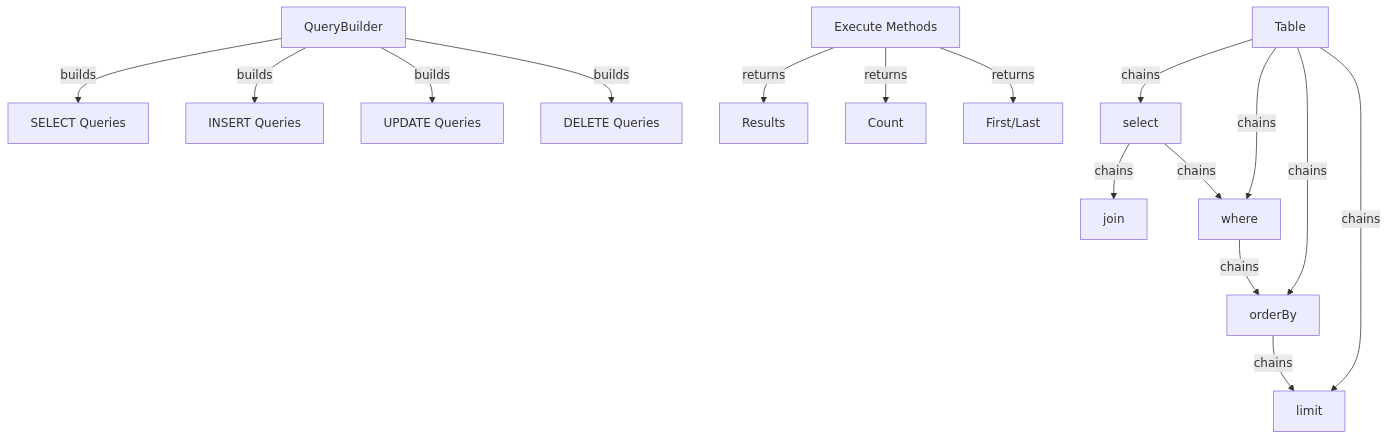
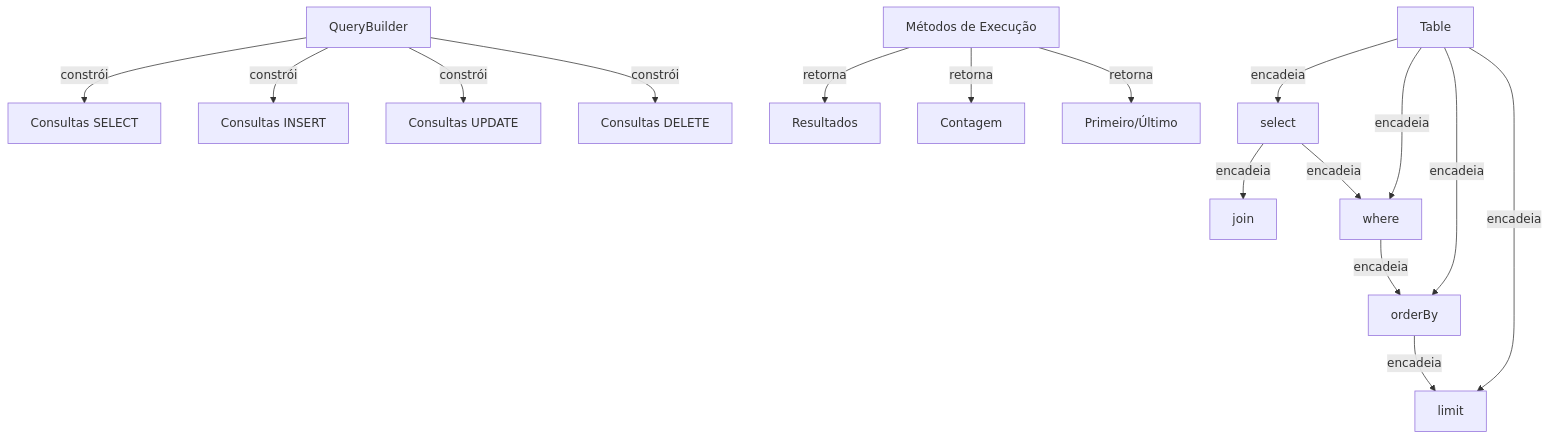
The diagram in apps/docs-27/src/content/docs/pt/api-reference/database/query-builder.md (mambax7/xoops-docs), drawn with Mermaid before and after one commit. The commit also changed other lines of this file and 162 other files, not shown here.

````diff
--- a/apps/docs-27/src/content/docs/pt/api-reference/database/query-builder.md
+++ b/apps/docs-27/src/content/docs/pt/api-reference/database/query-builder.md
@@ -10,21 +10,21 @@
 ```mermaid
 graph TD
-    A[QueryBuilder] -->|builds| B[SELECT Queries]
-    A -->|builds| C[INSERT Queries]
-    A -->|builds| D[UPDATE Queries]
-    A -->|builds| E[DELETE Queries]
+    A[QueryBuilder] -->|constrói| B[Consultas SELECT]
+    A -->|constrói| C[Consultas INSERT]
+    A -->|constrói| D[Consultas UPDATE]
+    A -->|constrói| E[Consultas DELETE]
 
-    F[Table] -->|chains| G[select]
-    F -->|chains| H[where]
-    F -->|chains| I[orderBy]
-    F -->|chains| J[limit]
+    F[Table] -->|encadeia| G[select]
+    F -->|encadeia| H[where]
+    F -->|encadeia| I[orderBy]
+    F -->|encadeia| J[limit]
 
-    G -->|chains| K[join]
-    G -->|chains| H
-    H -->|chains| I
-    I -->|chains| J
+    G -->|encadeia| K[join]
+    G -->|encadeia| H
+    H -->|encadeia| I
+    I -->|encadeia| J
 
-    L[Execute Methods] -->|returns| M[Results]
-    L -->|returns| N[Count]
-    L -->|returns| O[First/Last]
+    L[Métodos de Execução] -->|retorna| M[Resultados]
+    L -->|retorna| N[Contagem]
+    L -->|retorna| O[Primeiro/Último]
 ```
````
